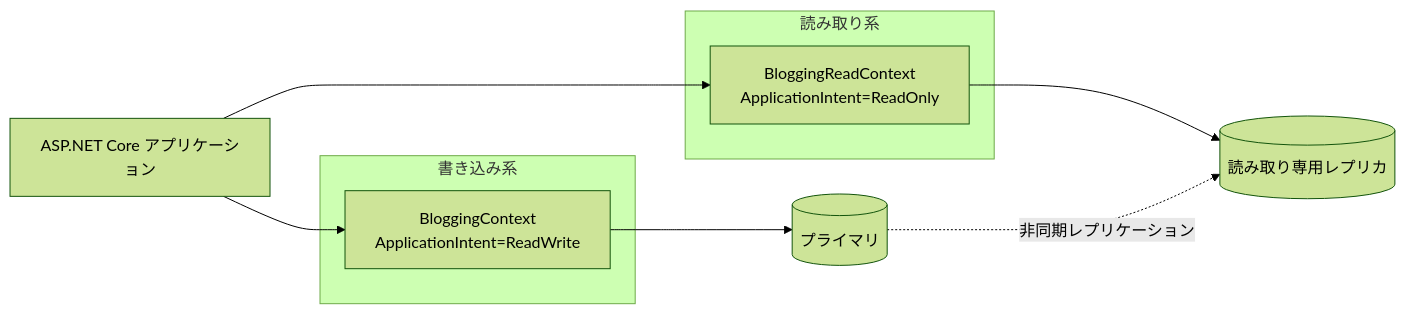
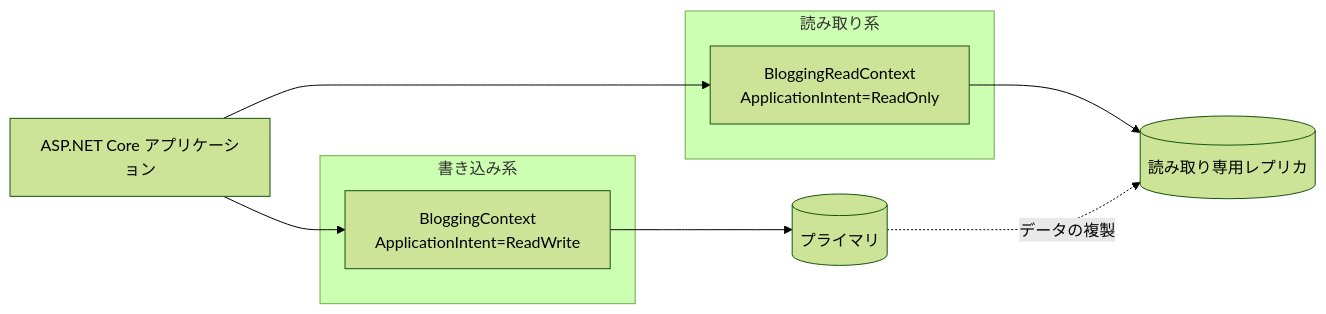
Before and after one commit to microsoft/aspnetcore-ja-handbook: the second of 2 diagrams in src/content/docs/appendix-efcore-04/index.md, drawn with Mermaid (forest theme). The commit also changed other lines of this file and 6 other files, not shown here.

````diff
--- a/src/content/docs/appendix-efcore-04/index.md
+++ b/src/content/docs/appendix-efcore-04/index.md
@@ -1258,18 +1358,18 @@
 ```mermaid
 flowchart LR
     accTitle: 書き込み用と読み取り用の接続経路
-    accDescr: アプリケーションは BloggingContext でプライマリへ書き込み、BloggingReadContext で読み取り専用レプリカへ問い合わせる。プライマリからレプリカへの複製は非同期で行われる。
+    accDescr: アプリケーションは BloggingContext でプライマリへ書き込み、BloggingReadContext で読み取り専用レプリカへ問い合わせる。プライマリのデータはレプリカへ複製される。この図は複製の同期方式を指定するものではない。
     APP["ASP.NET Core アプリケーション"]
     subgraph W["書き込み系"]
         WC["BloggingContext<br>ApplicationIntent=ReadWrite"]
     end
     subgraph R["読み取り系"]
         RC["BloggingReadContext<br>ApplicationIntent=ReadOnly"]
     end
     PRI[("プライマリ")]
     REP[("読み取り専用レプリカ")]
 
     APP --> WC --> PRI
     APP --> RC --> REP
-    PRI -. "非同期レプリケーション" .-> REP
+    PRI -. "データの複製" .-> REP
 ```
````
